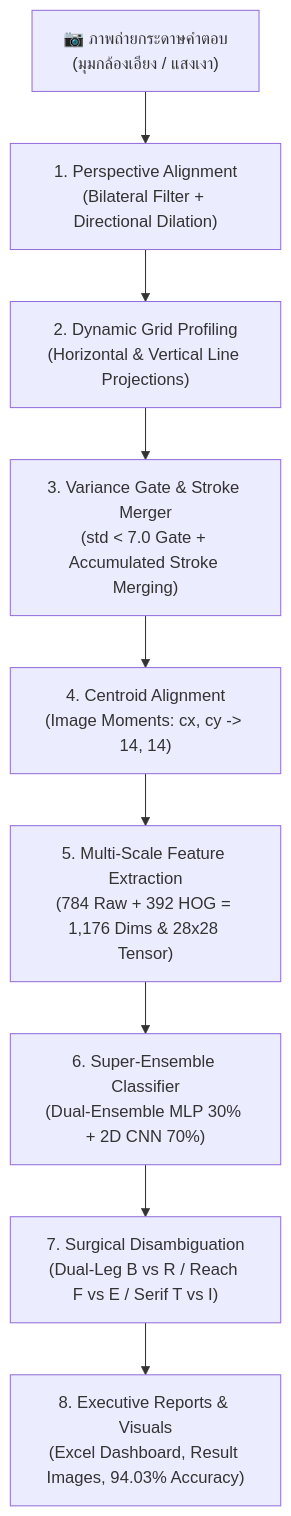
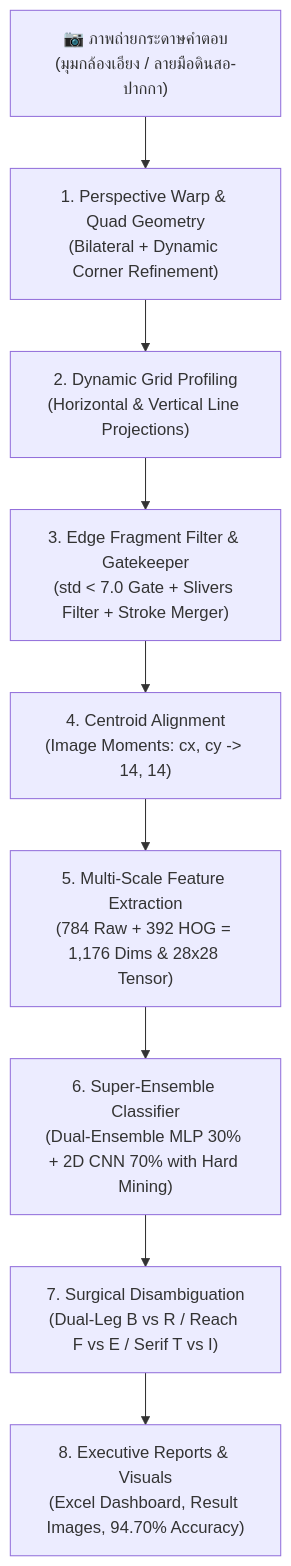
One commit to 67160213-ux/Project_CV changed the diagram in howtodo.md. Above: the diagram before and after it, drawn with Mermaid. The commit also changed other lines of this file and 49 other files, not shown here.

First line of the commit message:
feat: achieve record 94.70% benchmark (3788/4000) with Quad Geometry, Hard Mining, and Early Stopping

````diff
--- a/howtodo.md
+++ b/howtodo.md
@@ -82,11 +83,11 @@
 ```mermaid
 graph TD
-    A["📷 ภาพถ่ายกระดาษคำตอบ<br/>(มุมกล้องเอียง / แสงเงา)"] --> B["1. Perspective Alignment<br/>(Bilateral Filter + Directional Dilation)"]
+    A["📷 ภาพถ่ายกระดาษคำตอบ<br/>(มุมกล้องเอียง / ลายมือดินสอ-ปากกา)"] --> B["1. Perspective Warp & Quad Geometry<br/>(Bilateral + Dynamic Corner Refinement)"]
     B --> C["2. Dynamic Grid Profiling<br/>(Horizontal & Vertical Line Projections)"]
-    C --> D["3. Variance Gate & Stroke Merger<br/>(std < 7.0 Gate + Accumulated Stroke Merging)"]
+    C --> D["3. Edge Fragment Filter & Gatekeeper<br/>(std < 7.0 Gate + Slivers Filter + Stroke Merger)"]
     D --> E["4. Centroid Alignment<br/>(Image Moments: cx, cy -> 14, 14)"]
     E --> F["5. Multi-Scale Feature Extraction<br/>(784 Raw + 392 HOG = 1,176 Dims & 28x28 Tensor)"]
-    F --> G["6. Super-Ensemble Classifier<br/>(Dual-Ensemble MLP 30% + 2D CNN 70%)"]
+    F --> G["6. Super-Ensemble Classifier<br/>(Dual-Ensemble MLP 30% + 2D CNN 70% with Hard Mining)"]
     G --> H["7. Surgical Disambiguation<br/>(Dual-Leg B vs R / Reach F vs E / Serif T vs I)"]
-    H --> I["8. Executive Reports & Visuals<br/>(Excel Dashboard, Result Images, 94.03% Accuracy)"]
+    H --> I["8. Executive Reports & Visuals<br/>(Excel Dashboard, Result Images, 94.70% Accuracy)"]
 ```
````
